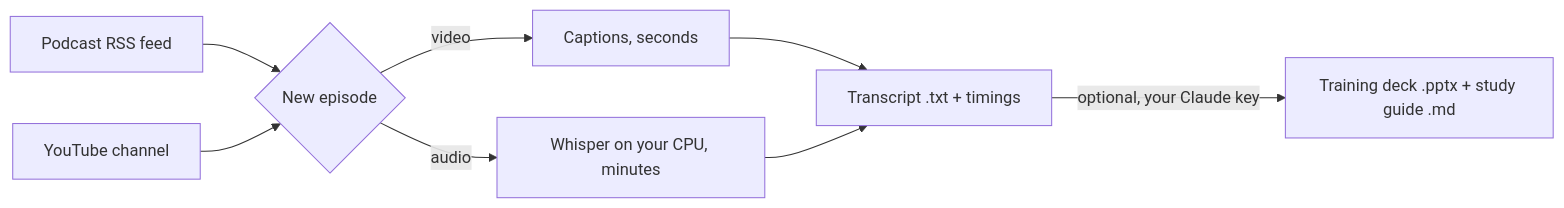
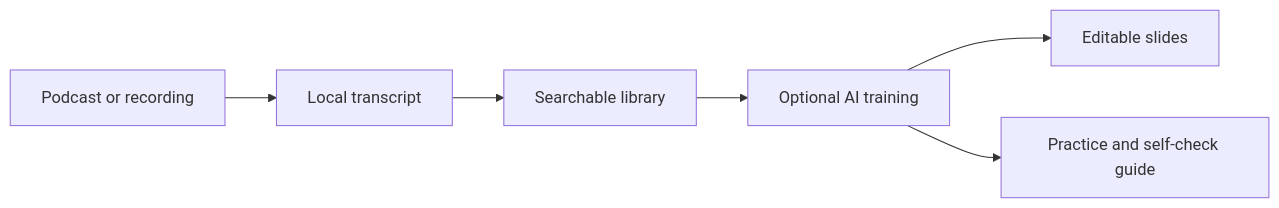
Before and after one commit to onepromptman/sori-app: the diagram in README.md, drawn with Mermaid. The commit also changed other lines of this file and 58 other files, not shown here.

Commit message:
Prepare public browser app and self-study workflow

````diff
--- a/README.md
+++ b/README.md
@@ -15,10 +10,8 @@
 ```mermaid
 flowchart LR
-    A[Podcast RSS feed] --> C{New episode}
-    B[YouTube channel] --> C
-    C -->|video| D[Captions, seconds]
-    C -->|audio| E[Whisper on your CPU, minutes]
-    D --> F[Transcript .txt + timings]
-    E --> F
-    F -->|optional, your Claude key| G[Training deck .pptx + study guide .md]
+    A[Podcast or recording] --> B[Local transcript]
+    B --> C[Searchable library]
+    C --> D[Optional AI training]
+    D --> E[Editable slides]
+    D --> F[Practice and self-check guide]
 ```
````
